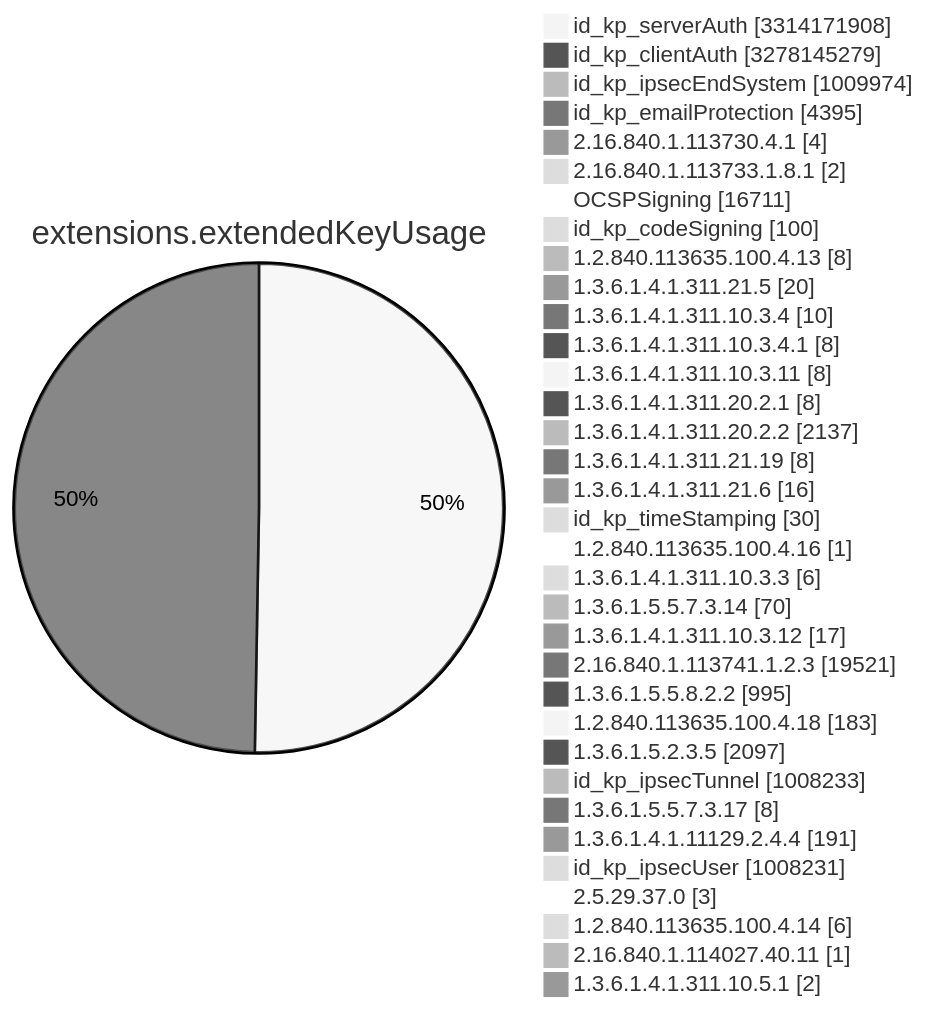
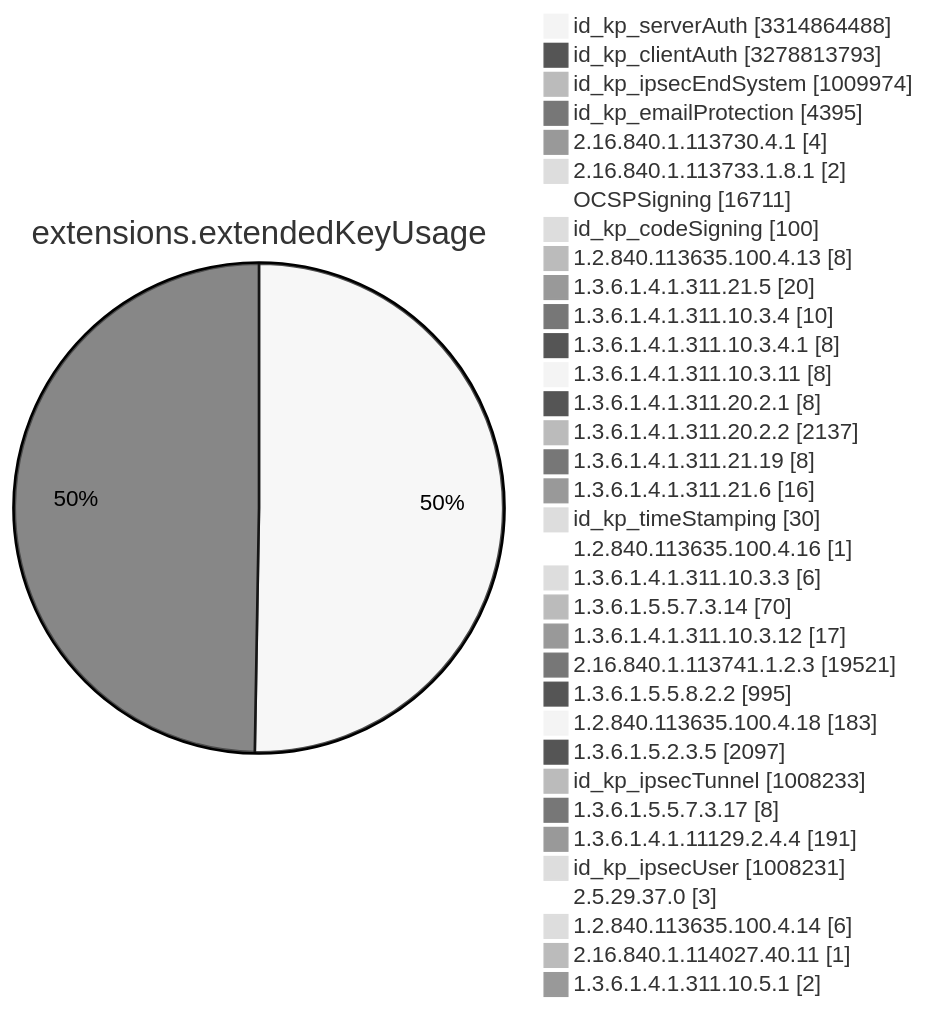
Before and after one commit to christiankrug/ctmonitor_visualization: diagram 11 of 15 in TOTAL/README.md, drawn with Mermaid (neutral theme). The commit also changed other lines of this file, not shown here.

````diff
--- a/TOTAL/README.md
+++ b/TOTAL/README.md
@@ -4120,38 +4120,38 @@
 ```mermaid
 pie showData
 title extensions.extendedKeyUsage
-"id_kp_serverAuth" :3314171908
-"id_kp_clientAuth" :3278145279
+"id_kp_serverAuth" :3314864488
+"id_kp_clientAuth" :3278813793
 "id_kp_ipsecEndSystem" :1009974
 "id_kp_emailProtection" :4395
 "2.16.840.1.113730.4.1" :4
 "2.16.840.1.113733.1.8.1" :2
 "OCSPSigning" :16711
 "id_kp_codeSigning" :100
 "1.2.840.113635.100.4.13" :8
 "1.3.6.1.4.1.311.21.5" :20
 "1.3.6.1.4.1.311.10.3.4" :10
 "1.3.6.1.4.1.311.10.3.4.1" :8
 "1.3.6.1.4.1.311.10.3.11" :8
 "1.3.6.1.4.1.311.20.2.1" :8
 "1.3.6.1.4.1.311.20.2.2" :2137
 "1.3.6.1.4.1.311.21.19" :8
 "1.3.6.1.4.1.311.21.6" :16
 "id_kp_timeStamping" :30
 "1.2.840.113635.100.4.16" :1
 "1.3.6.1.4.1.311.10.3.3" :6
 "1.3.6.1.5.5.7.3.14" :70
 "1.3.6.1.4.1.311.10.3.12" :17
 "2.16.840.1.113741.1.2.3" :19521
 "1.3.6.1.5.5.8.2.2" :995
 "1.2.840.113635.100.4.18" :183
 "1.3.6.1.5.2.3.5" :2097
 "id_kp_ipsecTunnel" :1008233
 "1.3.6.1.5.5.7.3.17" :8
 "1.3.6.1.4.1.11129.2.4.4" :191
 "id_kp_ipsecUser" :1008231
 "2.5.29.37.0" :3
 "1.2.840.113635.100.4.14" :6
 "2.16.840.1.114027.40.11" :1
 "1.3.6.1.4.1.311.10.5.1" :2
 ```
````
